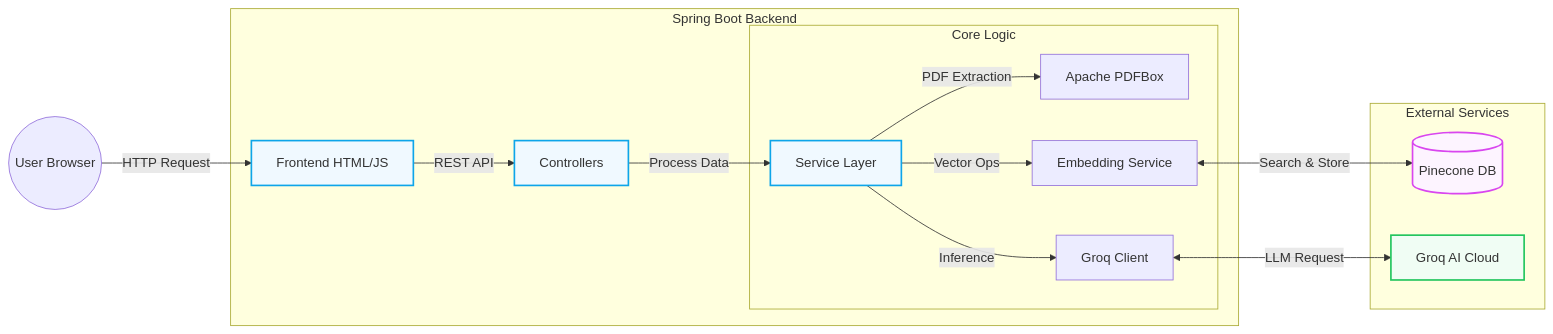
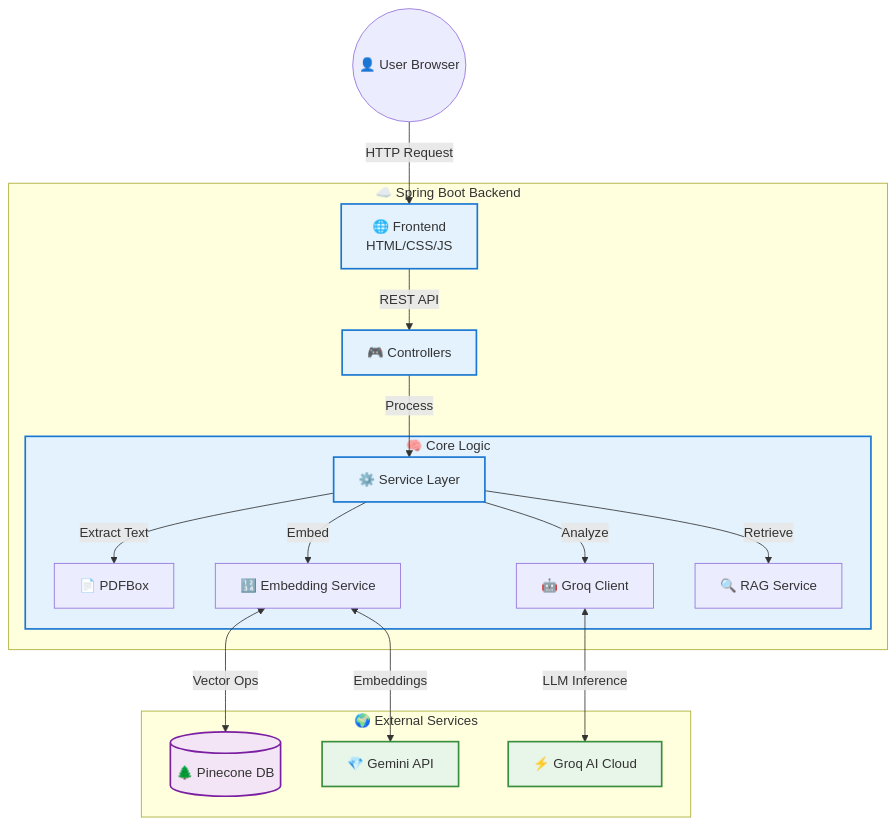
The third of 3 diagrams in README.md (MADHAN21105/Career-Campass), drawn with Mermaid before and after one commit. The commit also changed other lines of this file, not shown here.

Commit message:
Docs: Complete README overhaul with badges, diagrams, and all features

````diff
--- a/README.md
+++ b/README.md
@@ -145,28 +170,30 @@
 ```mermaid
-graph LR
-    Client((User Browser)) -->|HTTP Request| FE[Frontend HTML/JS]
+graph TB
+    Client((👤 User Browser)) -->|HTTP Request| FE[🌐 Frontend<br/>HTML/CSS/JS]
     
-    subgraph Backend_Infrastructure [Spring Boot Backend]
-        FE -->|REST API| CTL[Controllers]
-        CTL -->|Process Data| SVC[Service Layer]
+    subgraph Backend["☁️ Spring Boot Backend"]
+        FE -->|REST API| CTL[🎮 Controllers]
+        CTL -->|Process| SVC[⚙️ Service Layer]
         
-        subgraph Logic_Core [Core Logic]
-            SVC -->|PDF Extraction| PDF[Apache PDFBox]
-            SVC -->|Vector Ops| VEC[Embedding Service]
-            SVC -->|Inference| AI[Groq Client]
+        subgraph Core["🧠 Core Logic"]
+            SVC -->|Extract Text| PDF[📄 PDFBox]
+            SVC -->|Embed| EMB[🔢 Embedding Service]
+            SVC -->|Analyze| AI[🤖 Groq Client]
+            SVC -->|Retrieve| RAG[🔍 RAG Service]
         end
     end
     
-    subgraph Cloud_Services [External Services]
-        VEC <-->|Search & Store| PINECONE[(Pinecone DB)]
-        AI <-->|LLM Request| GROQ[Groq AI Cloud]
+    subgraph External["🌍 External Services"]
+        EMB <-->|Vector Ops| PINE[(🌲 Pinecone DB)]
+        AI <-->|LLM Inference| GROQ[⚡ Groq AI Cloud]
+        EMB <-->|Embeddings| GEM[💎 Gemini API]
     end
 
-    classDef primary fill:#f0f9ff,stroke:#0ea5e9,stroke-width:2px;
-    classDef database fill:#fdf4ff,stroke:#d946ef,stroke-width:2px;
-    classDef cloud fill:#f0fdf4,stroke:#22c55e,stroke-width:2px;
+    classDef primary fill:#e3f2fd,stroke:#1976d2,stroke-width:2px;
+    classDef database fill:#f3e5f5,stroke:#7b1fa2,stroke-width:2px;
+    classDef cloud fill:#e8f5e9,stroke:#388e3c,stroke-width:2px;
     
-    class FE,CTL,SVC primary;
-    class PINECONE database;
-    class GROQ cloud;
+    class FE,CTL,SVC,Core primary;
+    class PINE database;
+    class GROQ,GEM cloud;
 ```
````
